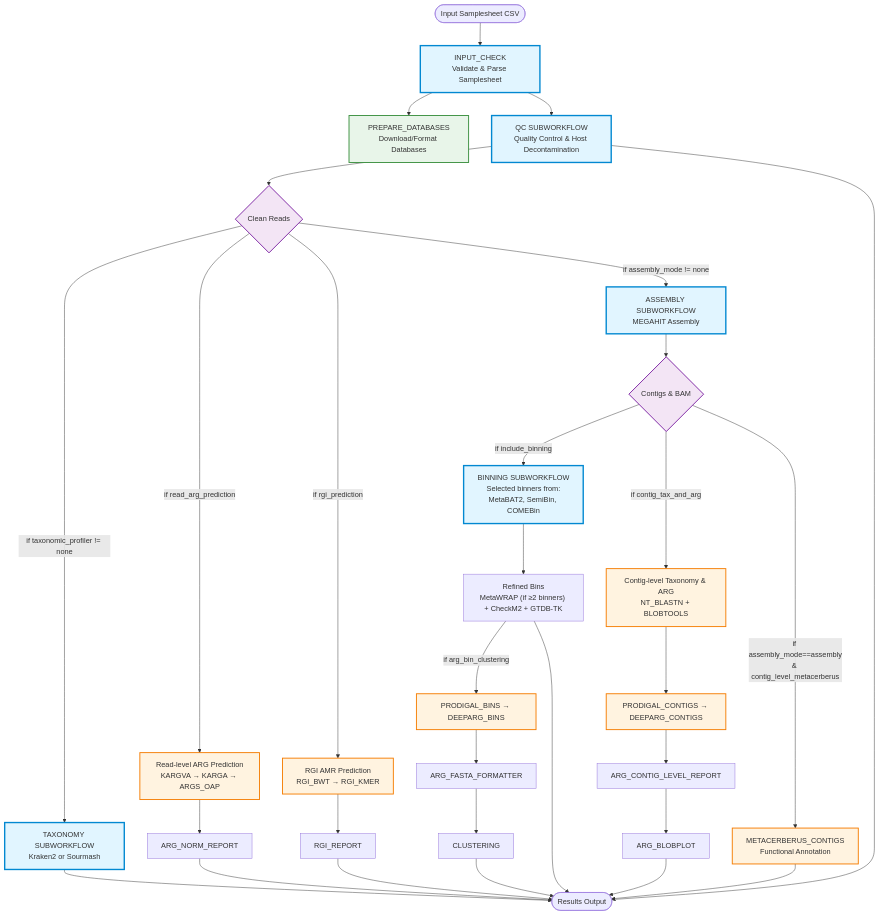
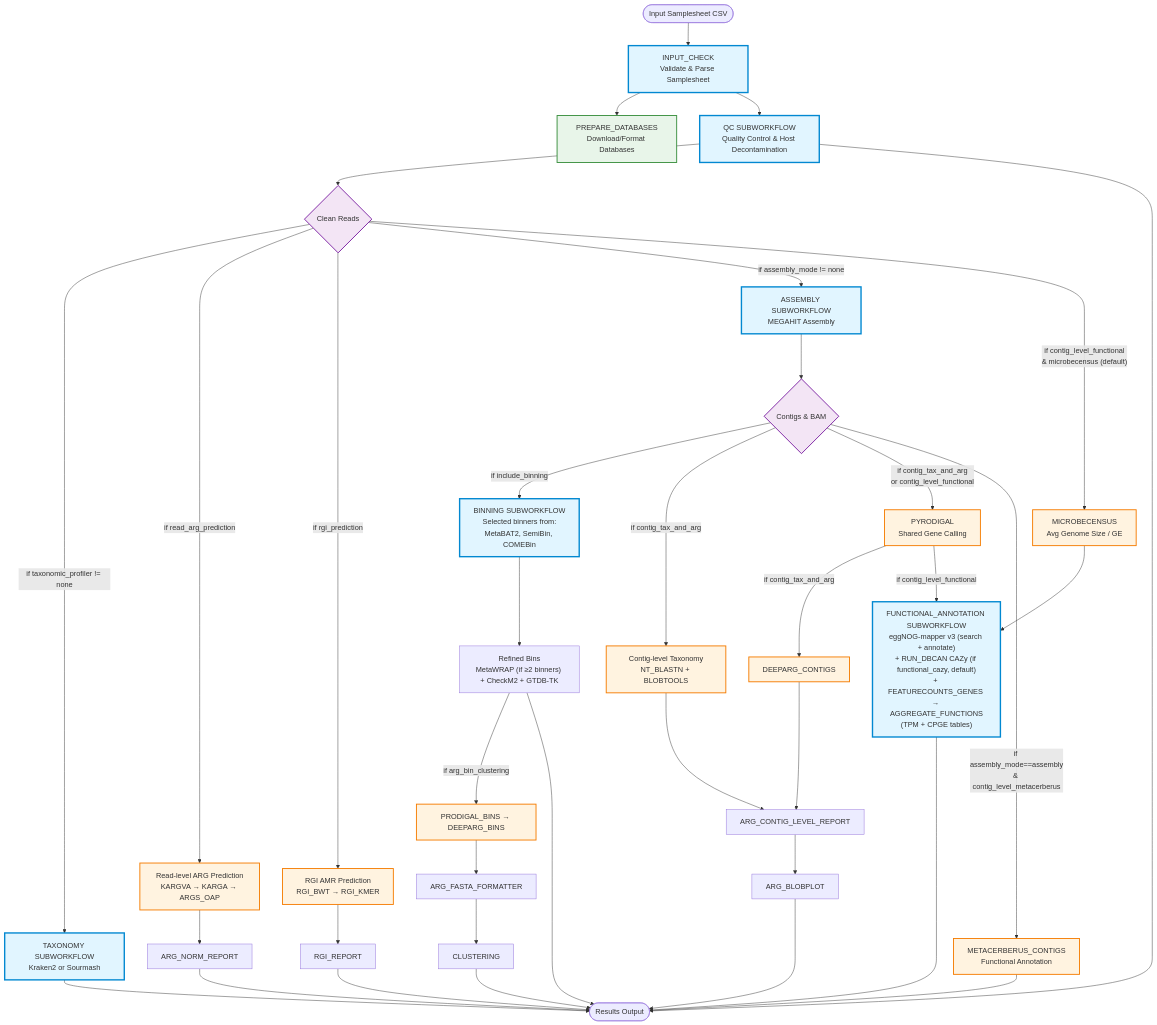
One commit to gene2dis/BugBuster changed the first of 8 diagrams in docs/WORKFLOW_DIAGRAM.md. Above: the diagram before and after it, drawn with Mermaid. The commit also changed other lines of this file and 33 other files, not shown here.

````diff
--- a/docs/WORKFLOW_DIAGRAM.md
+++ b/docs/WORKFLOW_DIAGRAM.md
@@ -10,65 +10,73 @@
 ```mermaid
 flowchart TD
     Start([Input Samplesheet CSV]) --> InputCheck[INPUT_CHECK<br/>Validate & Parse Samplesheet]
     
     InputCheck --> PrepDB[PREPARE_DATABASES<br/>Download/Format Databases]
     InputCheck --> QC
     
     %% Quality Control Branch
     QC[QC SUBWORKFLOW<br/>Quality Control & Host Decontamination] --> CleanReads{Clean Reads}
     
     %% Taxonomy Branch
     CleanReads -->|if taxonomic_profiler != none| Taxonomy[TAXONOMY SUBWORKFLOW<br/>Kraken2 or Sourmash]
     
     %% Read-level ARG Branch
     CleanReads -->|if read_arg_prediction| ReadARG[Read-level ARG Prediction<br/>KARGVA → KARGA → ARGS_OAP]
     ReadARG --> ARGNorm[ARG_NORM_REPORT]
 
     %% RGI Branch
     CleanReads -->|if rgi_prediction| RGI[RGI AMR Prediction<br/>RGI_BWT → RGI_KMER]
     RGI --> RGIReport[RGI_REPORT]
     
     %% Assembly Branch
     CleanReads -->|if assembly_mode != none| Assembly[ASSEMBLY SUBWORKFLOW<br/>MEGAHIT Assembly]
     
     Assembly --> Contigs{Contigs & BAM}
     
     %% Binning Branch
     Contigs -->|if include_binning| Binning[BINNING SUBWORKFLOW<br/>Selected binners from:<br/>MetaBAT2, SemiBin, COMEBin]
     Binning --> RefinedBins["Refined Bins<br/>MetaWRAP (if ≥2 binners) + CheckM2 + GTDB-TK"]
     
     %% Contig-level Analysis Branch
-    Contigs -->|if contig_tax_and_arg| ContigTax[Contig-level Taxonomy & ARG<br/>NT_BLASTN + BLOBTOOLS]
-    ContigTax --> ContigARG[PRODIGAL_CONTIGS → DEEPARG_CONTIGS]
+    Contigs -->|if contig_tax_and_arg| ContigTax[Contig-level Taxonomy<br/>NT_BLASTN + BLOBTOOLS]
+    Contigs -->|"if contig_tax_and_arg<br/>or contig_level_functional"| Pyrodigal[PYRODIGAL<br/>Shared Gene Calling]
+    Pyrodigal -->|if contig_tax_and_arg| ContigARG[DEEPARG_CONTIGS]
+    ContigTax --> ARGContigReport
     ContigARG --> ARGContigReport[ARG_CONTIG_LEVEL_REPORT]
     ARGContigReport --> ARGBlobplot[ARG_BLOBPLOT]
-    
+
+    %% Functional Annotation Branch
+    CleanReads -->|"if contig_level_functional<br/>& microbecensus (default)"| MicrobeCensus[MICROBECENSUS<br/>Avg Genome Size / GE]
+    Pyrodigal -->|if contig_level_functional| Functional["FUNCTIONAL_ANNOTATION SUBWORKFLOW<br/>eggNOG-mapper v3 (search + annotate)<br/>+ RUN_DBCAN CAZy (if functional_cazy, default)<br/>+ FEATURECOUNTS_GENES → AGGREGATE_FUNCTIONS<br/>(TPM + CPGE tables)"]
+    MicrobeCensus --> Functional
+
     %% MetaCerberus Branch
     Contigs -->|if assembly_mode==assembly<br/>& contig_level_metacerberus| MetaCerberus[METACERBERUS_CONTIGS<br/>Functional Annotation]
     
     %% Bin ARG Clustering Branch
     RefinedBins -->|if arg_bin_clustering| BinARG[PRODIGAL_BINS → DEEPARG_BINS]
     BinARG --> ARGFormat[ARG_FASTA_FORMATTER]
     ARGFormat --> Clustering[CLUSTERING]
     
     %% End
     QC --> End([Results Output])
     Taxonomy --> End
     ARGNorm --> End
     RGIReport --> End
     ARGBlobplot --> End
     Clustering --> End
     MetaCerberus --> End
+    Functional --> End
     RefinedBins --> End
 
     %% Styling
     classDef subworkflow fill:#e1f5ff,stroke:#0288d1,stroke-width:3px
     classDef module fill:#fff3e0,stroke:#f57c00,stroke-width:2px
     classDef decision fill:#f3e5f5,stroke:#7b1fa2,stroke-width:2px
     classDef database fill:#e8f5e9,stroke:#388e3c,stroke-width:2px
     
-    class InputCheck,QC,Taxonomy,Assembly,Binning subworkflow
-    class ReadARG,RGI,ContigTax,ContigARG,BinARG,MetaCerberus module
+    class InputCheck,QC,Taxonomy,Assembly,Binning,Functional subworkflow
+    class ReadARG,RGI,ContigTax,ContigARG,BinARG,MetaCerberus,Pyrodigal,MicrobeCensus module
     class CleanReads,Contigs decision
     class PrepDB database
 ```
````
